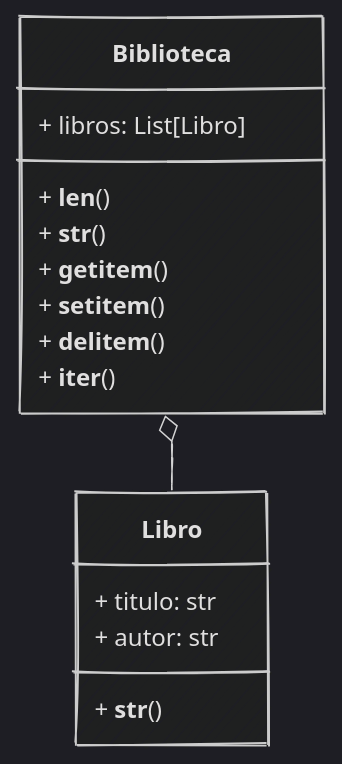
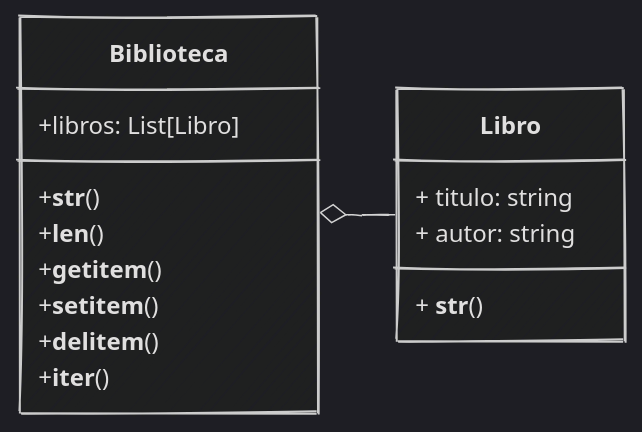
One commit to python-la-paz/python-study-group-oop changed the tenth of 10 diagrams in content/sesion08/Readme.md. Above: the diagram before and after it, drawn with Mermaid. The commit also changed other lines of this file, not shown here.

````diff
--- a/content/sesion08/Readme.md
+++ b/content/sesion08/Readme.md
@@ -2784,19 +1895,20 @@
 ```mermaid
 %%{init: {"theme": "dark", "look": "handDrawn"  }}%%
 classDiagram
+direction LR
     class Libro {
-        + titulo: str
-        + autor: str
+        + titulo: string
+        + autor: string
         + __str__()
     }
     class Biblioteca {
-        + libros: List[Libro]
-        + __len__()
-        + __str__()
-        + __getitem__()
-        + __setitem__()
-        + __delitem__()
-        + __iter__()
+        +libros: List[Libro]
+        +__str__()
+        +__len__()
+        +__getitem__()
+        +__setitem__()
+        +__delitem__()
+        +__iter__()
     }
     Biblioteca o-- Libro
 ```
````
